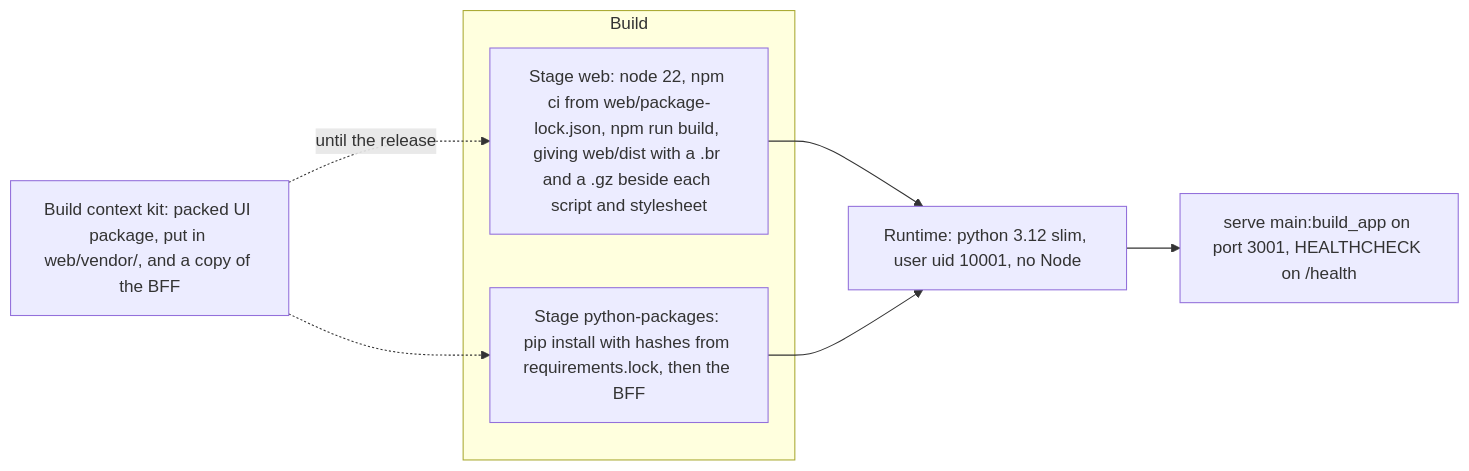
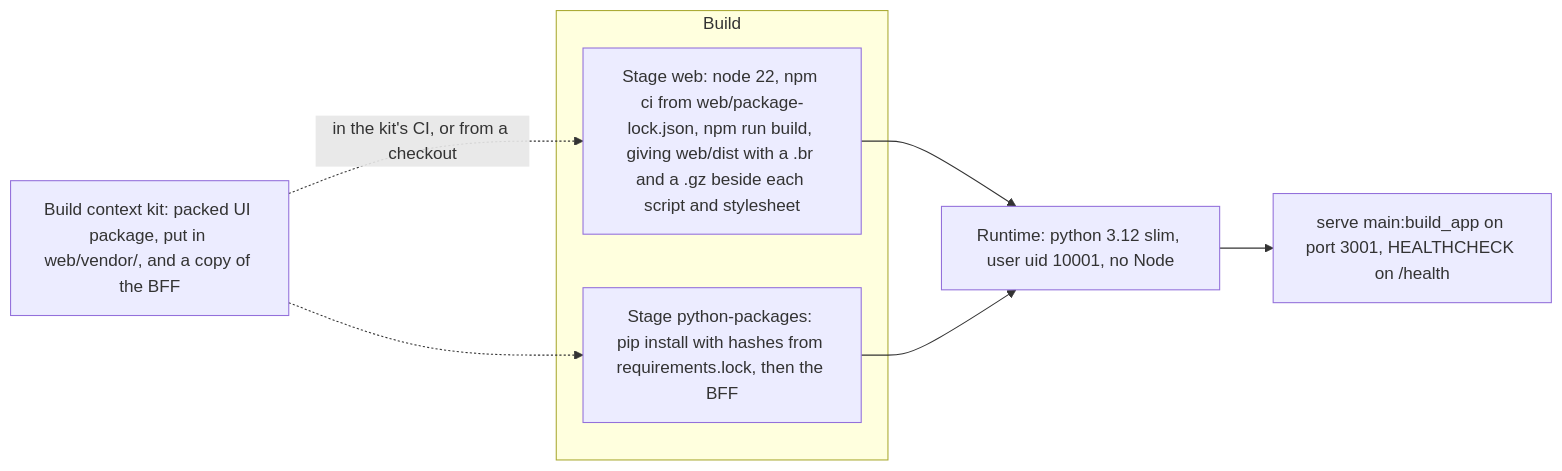
Before and after one commit to eneo-ai/eneo-module-kit: diagram 12 of 14 in docs/architecture.md, drawn with Mermaid. The commit also changed other lines of this file and 19 other files, not shown here.

````diff
--- a/docs/architecture.md
+++ b/docs/architecture.md
@@ -311,12 +311,12 @@
 ```mermaid
 flowchart LR
   subgraph build["Build"]
     web["Stage web: node 22, npm ci from web/package-lock.json, npm run build, giving web/dist with a .br and a .gz beside each script and stylesheet"]
     pkgs["Stage python-packages: pip install with hashes from requirements.lock, then the BFF"]
   end
-  kit["Build context kit: packed UI package, put in web/vendor/, and a copy of the BFF"] -.->|"until the release"| web
+  kit["Build context kit: packed UI package, put in web/vendor/, and a copy of the BFF"] -.->|"in the kit's CI, or from a checkout"| web
   kit -.-> pkgs
   web --> run["Runtime: python 3.12 slim, user uid 10001, no Node"]
   pkgs --> run
   run --> cmd["serve main:build_app on port 3001, HEALTHCHECK on /health"]
 ```
````
